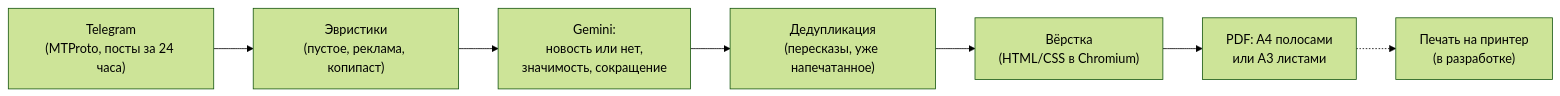
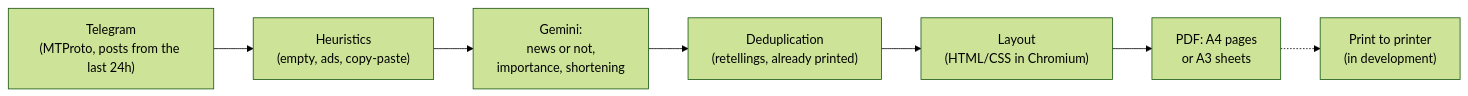
One commit to tiltozavr2545/tg_newspaper changed the diagram in README.md. Above: the diagram before and after it, drawn with Mermaid (forest theme). The commit also changed other lines of this file and 43 other files, not shown here.

````diff
--- a/README.md
+++ b/README.md
@@ -35,9 +35,9 @@
 ```mermaid
 flowchart LR
-    TG["Telegram<br/>(MTProto, посты за 24 часа)"] --> H["Эвристики<br/>(пустое, реклама, копипаст)"]
-    H --> G["Gemini:<br/>новость или нет,<br/>значимость, сокращение"]
-    G --> D["Дедупликация<br/>(пересказы, уже напечатанное)"]
-    D --> L["Вёрстка<br/>(HTML/CSS в Chromium)"]
-    L --> P["PDF: A4 полосами<br/>или A3 листами"]
-    P -.-> PR["Печать на принтер<br/>(в разработке)"]
+    TG["Telegram<br/>(MTProto, posts from the last 24h)"] --> H["Heuristics<br/>(empty, ads, copy-paste)"]
+    H --> G["Gemini:<br/>news or not,<br/>importance, shortening"]
+    G --> D["Deduplication<br/>(retellings, already printed)"]
+    D --> L["Layout<br/>(HTML/CSS in Chromium)"]
+    L --> P["PDF: A4 pages<br/>or A3 sheets"]
+    P -.-> PR["Print to printer<br/>(in development)"]
 ```
````
